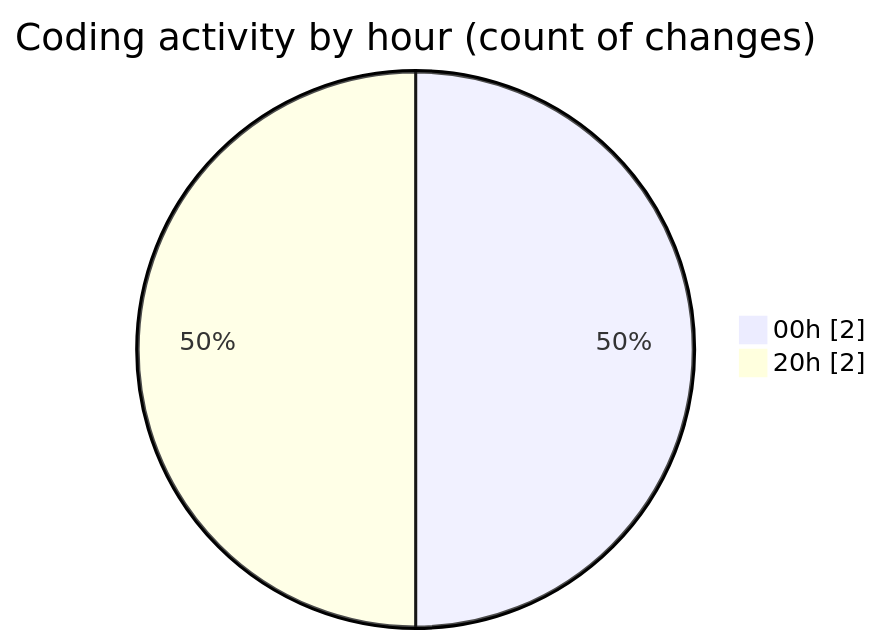
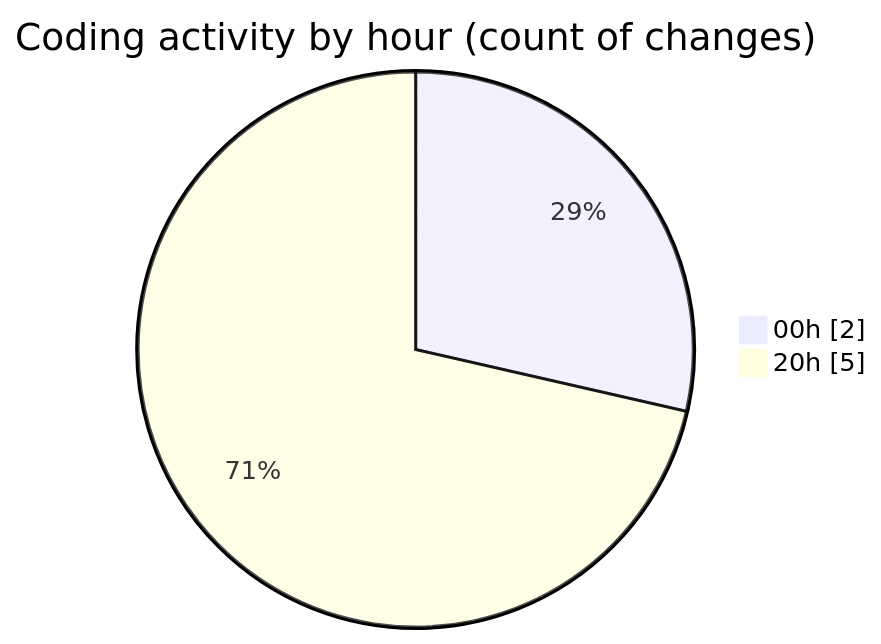
The second of 2 diagrams in 2025-09-11/hiai-phf/README.md (lephambinh05/code-tracking), drawn with Mermaid before and after one commit. The commit also changed other lines of this file and 1 other file, not shown here.

````diff
--- a/2025-09-11/hiai-phf/README.md
+++ b/2025-09-11/hiai-phf/README.md
@@ -33,6 +34,6 @@
 ```mermaid
 pie showData
 title Coding activity by hour (count of changes)
 "00h" : 2
-"20h" : 2
+"20h" : 5
 ```
````
